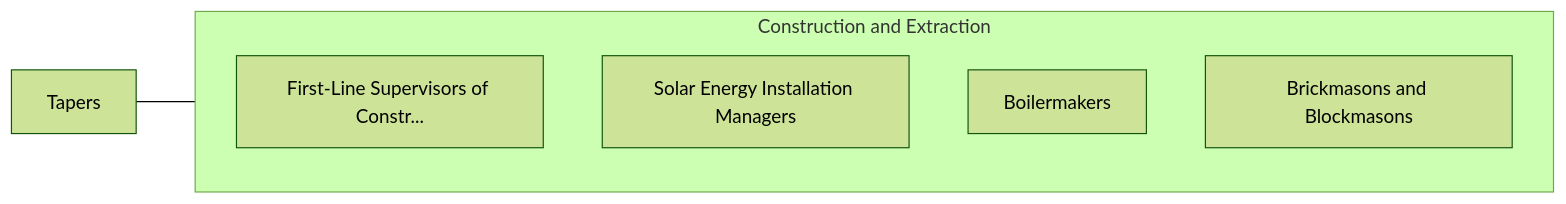
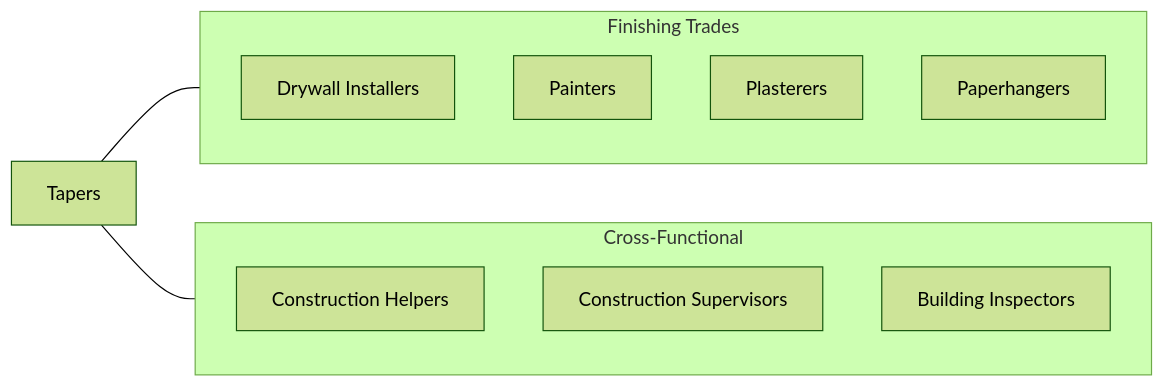
One commit to kziemski/business.org.ai changed the fourth of 4 diagrams in occupations/Construction/Tapers.mdx. Above: the diagram before and after it, drawn with Mermaid (forest theme). The commit also changed other lines of this file and 938 other files, not shown here.

````diff
--- a/occupations/Construction/Tapers.mdx
+++ b/occupations/Construction/Tapers.mdx
@@ -114,13 +229,20 @@
 ```mermaid
 graph LR
     Current["Tapers"]
 
-    subgraph SameCategory["Construction and Extraction"]
-        FirstLineSupervisors["First-Line Supervisors of Constr..."]
-        SolarEnergyInstallat["Solar Energy Installation Managers"]
-        Boilermakers["Boilermakers"]
-        BrickmasonsAndBlockm["Brickmasons and Blockmasons"]
+    subgraph SameCategory["Finishing Trades"]
+        Drywall["Drywall Installers"]
+        Painter["Painters"]
+        Plasterer["Plasterers"]
+        Paperhanger["Paperhangers"]
+    end
+
+    subgraph CrossFunctional["Cross-Functional"]
+        Helper["Construction Helpers"]
+        Super["Construction Supervisors"]
+        Inspector["Building Inspectors"]
     end
 
     Current --- SameCategory
+    Current --- CrossFunctional
 ```
````
